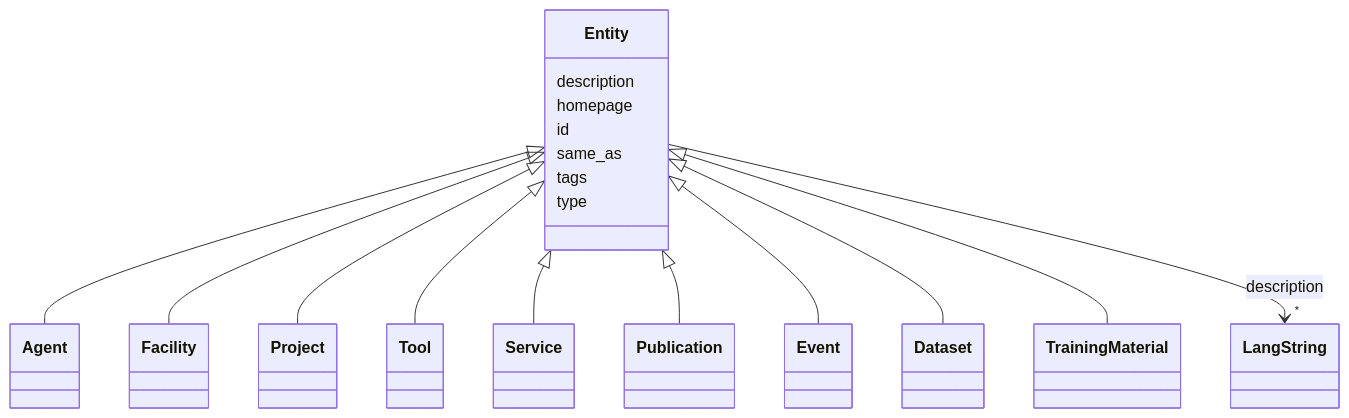
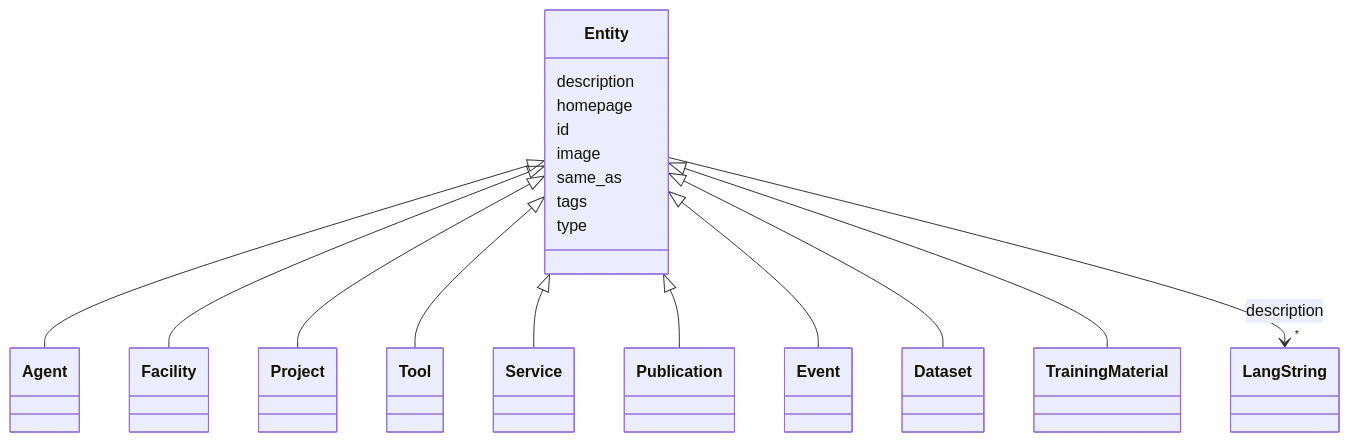
The diagram in docs/classes/Entity.md (DARIAH-IL/idhi-manifests), drawn with Mermaid before and after one commit. The commit also changed other lines of this file and 20 other files, not shown here.

````diff
--- a/docs/classes/Entity.md
+++ b/docs/classes/Entity.md
@@ -24,50 +24,52 @@
 ```mermaid
  classDiagram
     class Entity
       
 
       Entity <|-- Agent
         click Agent href "../../classes/Agent/"
       Entity <|-- Facility
         click Facility href "../../classes/Facility/"
       Entity <|-- Project
         click Project href "../../classes/Project/"
       Entity <|-- Tool
         click Tool href "../../classes/Tool/"
       Entity <|-- Service
         click Service href "../../classes/Service/"
       Entity <|-- Publication
         click Publication href "../../classes/Publication/"
       Entity <|-- Event
         click Event href "../../classes/Event/"
       Entity <|-- Dataset
         click Dataset href "../../classes/Dataset/"
       Entity <|-- TrainingMaterial
         click TrainingMaterial href "../../classes/TrainingMaterial/"
       
 
       Entity : description
         
           
     
         
         
         Entity --> "*" LangString : description
         
         click LangString href "../../classes/LangString/"
         
     
 
         
       Entity : homepage
         
       Entity : id
         
+      Entity : image
+        
       Entity : same_as
         
       Entity : tags
         
       Entity : type
         
       
 ```
````
